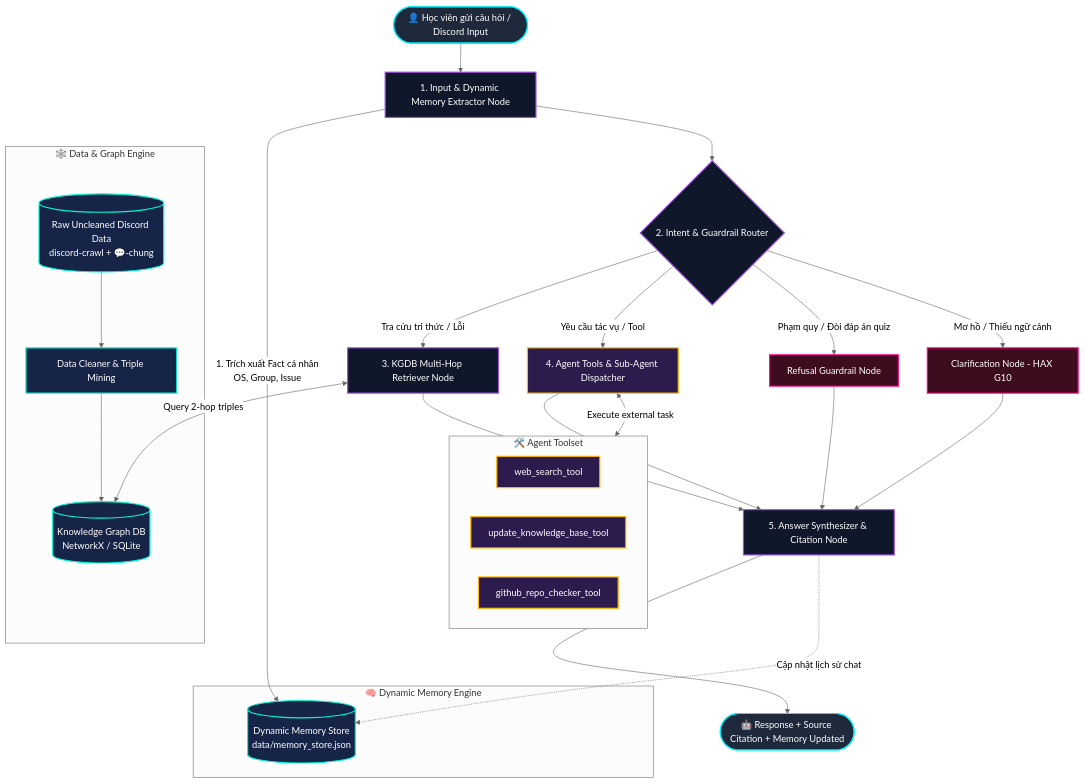
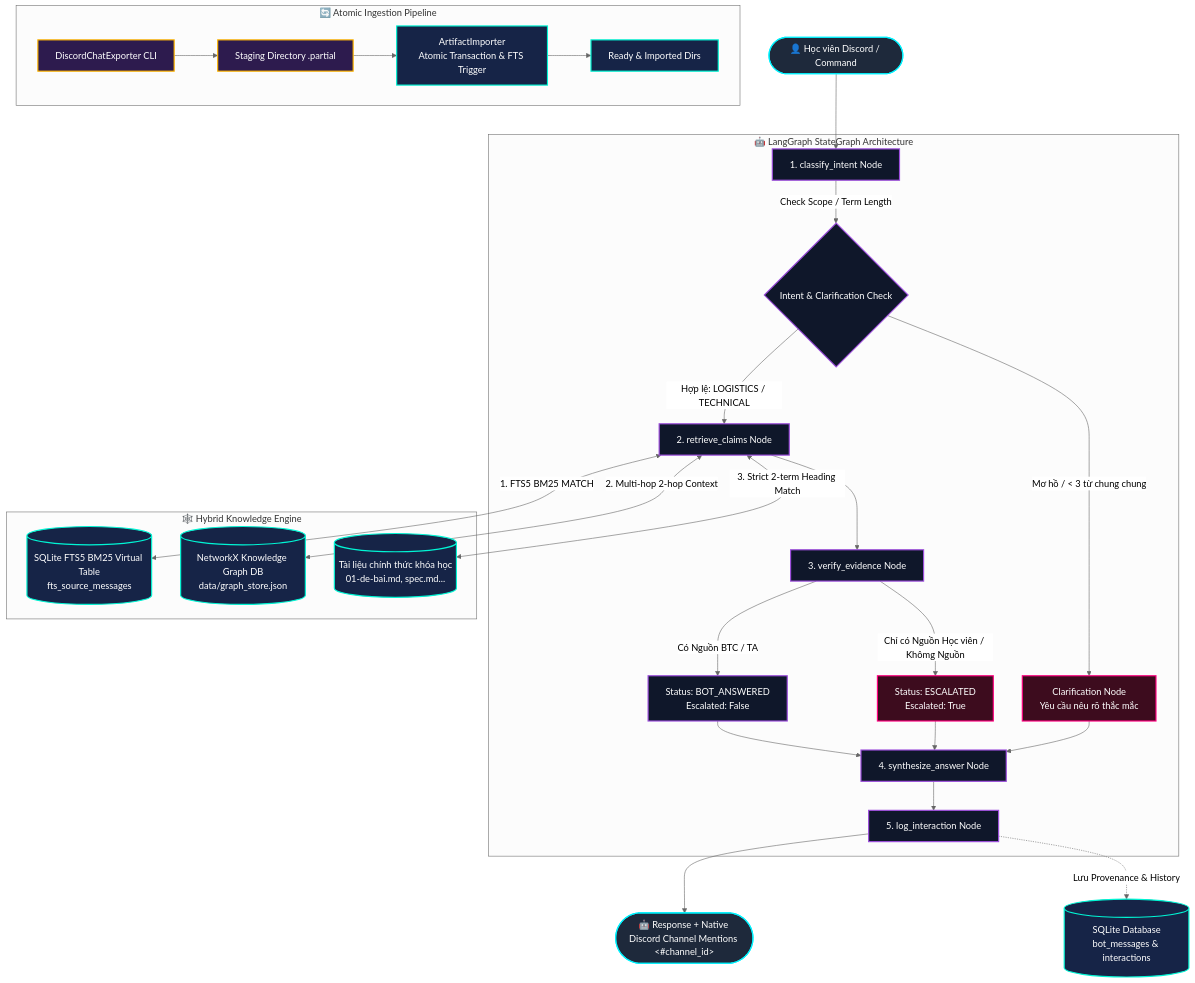
The second of 4 diagrams in docs/diagrams.md (Muscar1a/Batch03-K4-AI-Product-Hackathon), drawn with Mermaid (neutral theme) before and after one commit. The commit also changed other lines of this file, not shown here.

Commit message:
docs: update system diagrams in docs/diagrams.md to match current LangGraph StateGraph, Atomic Ingestion, and Hybrid FTS5 architecture

````diff
--- a/docs/diagrams.md
+++ b/docs/diagrams.md
@@ -21,48 +20,47 @@
 ```mermaid
 graph TD
     %% Styling
     classDef inputStyle fill:#1e293b,stroke:#00f2fe,stroke-width:2px,color:#fff;
     classDef nodeStyle fill:#0f172a,stroke:#9d4edd,stroke-width:2px,color:#fff;
     classDef dbStyle fill:#162447,stroke:#00f5d4,stroke-width:2px,color:#fff;
     classDef toolStyle fill:#2d1b4e,stroke:#ffb703,stroke-width:2px,color:#fff;
     classDef guardStyle fill:#3d0c1e,stroke:#ff007f,stroke-width:2px,color:#fff;
 
-    User([👤 Học viên gửi câu hỏi / Discord Input]):::inputStyle --> Node1[1. Input & Dynamic Memory Extractor Node]:::nodeStyle
+    User([👤 Học viên Discord / Command]):::inputStyle --> Node1[1. classify_intent Node]:::nodeStyle
 
-    subgraph Memory_System [🧠 Dynamic Memory Engine]
-        MemoryStore[(Dynamic Memory Store<br/>data/memory_store.json)]:::dbStyle
+    subgraph LangGraph_Engine [🤖 LangGraph StateGraph Architecture]
+        Node1 -->|Check Scope / Term Length| Router{Intent & Clarification Check}:::nodeStyle
+        
+        Router -->|Mơ hồ / < 3 từ chung chung| NodeClarify[Clarification Node<br/>Yêu cầu nêu rõ thắc mắc]:::guardStyle
+        Router -->|Hợp lệ: LOGISTICS / TECHNICAL| Node2[2. retrieve_claims Node]:::nodeStyle
+        
+        Node2 --> Node3[3. verify_evidence Node]:::nodeStyle
+        Node3 -->|Có Nguồn BTC / TA| AnswerStatus1[Status: BOT_ANSWERED<br/>Escalated: False]:::nodeStyle
+        Node3 -->|Chỉ có Nguồn Học viên / Khômg Nguồn| AnswerStatus2[Status: ESCALATED<br/>Escalated: True]:::guardStyle
+        
+        AnswerStatus1 --> Node4[4. synthesize_answer Node]:::nodeStyle
+        AnswerStatus2 --> Node4
+        NodeClarify --> Node4
+
+        Node4 --> Node5[5. log_interaction Node]:::nodeStyle
     end
 
-    Node1 -->|1. Trích xuất Fact cá nhân<br/>OS, Group, Issue| MemoryStore
-    Node1 --> Router{2. Intent & Guardrail Router}:::nodeStyle
-
-    %% Routing Paths
-    Router -->|Tra cứu tri thức / Lỗi| Node3[3. KGDB Multi-Hop Retriever Node]:::nodeStyle
-    Router -->|Yêu cầu tác vụ / Tool| Node4[4. Agent Tools & Sub-Agent Dispatcher]:::toolStyle
-    Router -->|Phạm quy / Đòi đáp án quiz| NodeRefuse[Refusal Guardrail Node]:::guardStyle
-    Router -->|Mơ hồ / Thiếu ngữ cảnh| NodeClarify[Clarification Node - HAX G10]:::guardStyle
-
-    %% Databases & Tools
-    subgraph Data_Layer [🕸️ Data & Graph Engine]
-        RawData[(Raw Uncleaned Discord Data<br/>discord-crawl + 💬-chung)]:::dbStyle --> Cleaner[Data Cleaner & Triple Mining]:::dbStyle
-        Cleaner --> KGDB[(Knowledge Graph DB<br/>NetworkX / SQLite)]:::dbStyle
+    subgraph Knowledge_Layer [🕸️ Hybrid Knowledge Engine]
+        FTS5[(SQLite FTS5 BM25 Virtual Table<br/>fts_source_messages)]:::dbStyle
+        KGDB[(NetworkX Knowledge Graph DB<br/>data/graph_store.json)]:::dbStyle
+        Docs[(Tài liệu chính thức khóa học<br/>01-de-bai.md, spec.md...)]:::dbStyle
     end
 
-    subgraph Tools_Layer [🛠️ Agent Toolset]
-        WebSearch[web_search_tool]:::toolStyle
-        UpdateKB[update_knowledge_base_tool]:::toolStyle
-        GitCheck[github_repo_checker_tool]:::toolStyle
+    subgraph Ingestion_Sidecar [🔄 Atomic Ingestion Pipeline]
+        DCE[DiscordChatExporter CLI]:::toolStyle --> PartialDir[Staging Directory .partial]:::toolStyle
+        PartialDir --> Importer[ArtifactImporter<br/>Atomic Transaction & FTS Trigger]:::dbStyle
+        Importer --> ReadyDir[Ready & Imported Dirs]:::dbStyle
     end
 
-    Node3 <-->|Query 2-hop triples| KGDB
-    Node4 <-->|Execute external task| Tools_Layer
+    Node2 <-->|1. FTS5 BM25 MATCH| FTS5
+    Node2 <-->|2. Multi-hop 2-hop Context| KGDB
+    Node2 <-->|3. Strict 2-term Heading Match| Docs
 
-    %% Synthesis
-    Node3 --> Node5[5. Answer Synthesizer & Citation Node]:::nodeStyle
-    Node4 --> Node5
-    NodeClarify --> Node5
-    NodeRefuse --> Node5
-
-    Node5 --> Output([🤖 Response + Source Citation + Memory Updated]):::inputStyle
-    Node5 -.->|Cập nhật lịch sử chat| MemoryStore
+    Node5 --> Output([🤖 Response + Native Discord Channel Mentions <#channel_id>]):::inputStyle
+    Node5 -.->|Lưu Provenance & History| InteractionDB[(SQLite Database<br/>bot_messages & interactions)]:::dbStyle
 ```
````
